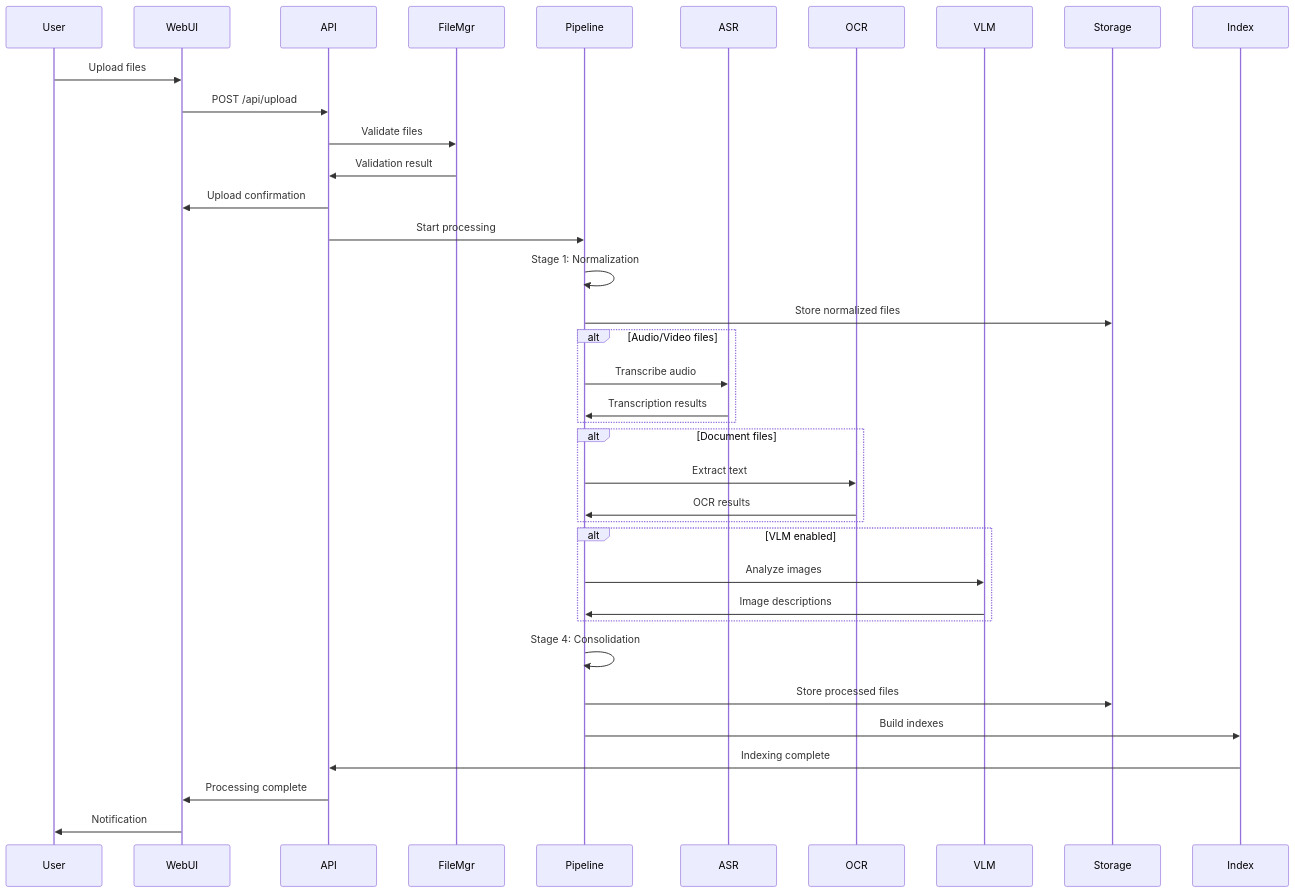
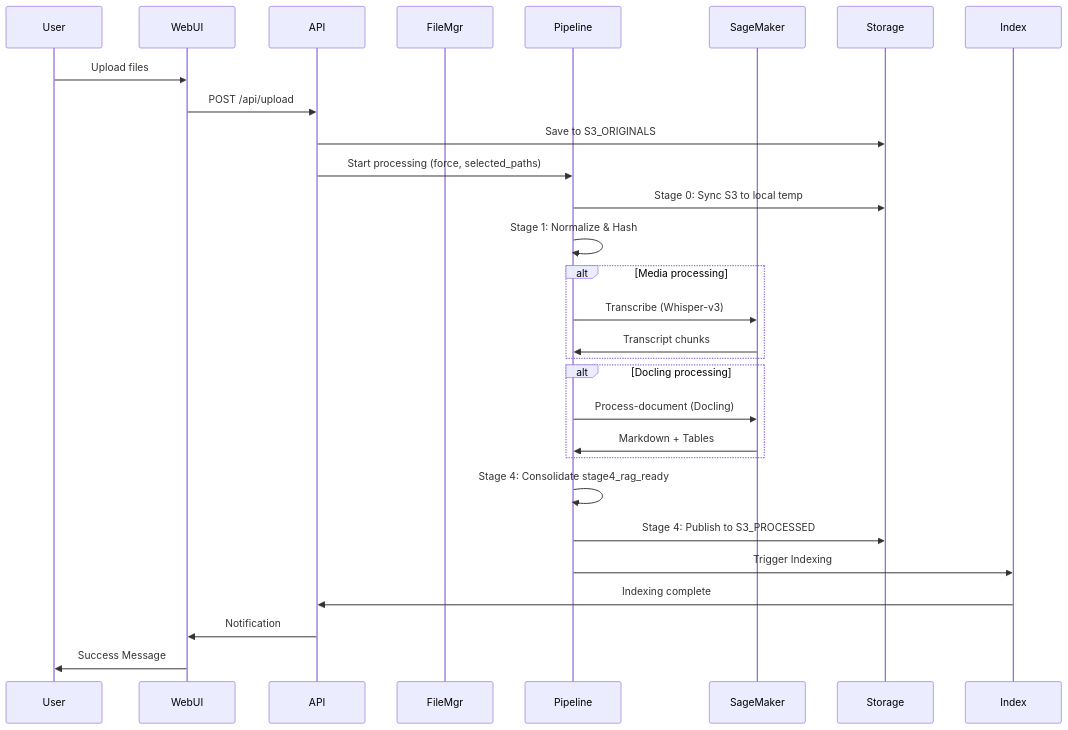
Before and after one commit to pdz1804/capstone-project: the fifth of 13 diagrams in docs/system_modeling.md, drawn with Mermaid. The commit also changed other lines of this file and 9 other files, not shown here.

````diff
--- a/docs/system_modeling.md
+++ b/docs/system_modeling.md
@@ -335,46 +332,37 @@
 ```mermaid
 sequenceDiagram
     participant User
     participant WebUI
     participant API
     participant FileMgr
     participant Pipeline
-    participant ASR
-    participant OCR
-    participant VLM
+    participant SageMaker
     participant Storage
     participant Index
   
     User->>WebUI: Upload files
     WebUI->>API: POST /api/upload
-    API->>FileMgr: Validate files
-    FileMgr->>API: Validation result
-    API->>WebUI: Upload confirmation
+    API->>Storage: Save to S3_ORIGINALS
   
-    API->>Pipeline: Start processing
-    Pipeline->>Pipeline: Stage 1: Normalization
-    Pipeline->>Storage: Store normalized files
+    API->>Pipeline: Start processing (force, selected_paths)
+    Pipeline->>Storage: Stage 0: Sync S3 to local temp
+    Pipeline->>Pipeline: Stage 1: Normalize & Hash
   
-    alt Audio/Video files
-        Pipeline->>ASR: Transcribe audio
-        ASR->>Pipeline: Transcription results
+    alt Media processing
+        Pipeline->>SageMaker: Transcribe (Whisper-v3)
+        SageMaker->>Pipeline: Transcript chunks
     end
   
-    alt Document files
-        Pipeline->>OCR: Extract text
-        OCR->>Pipeline: OCR results
+    alt Docling processing
+        Pipeline->>SageMaker: Process-document (Docling)
+        SageMaker->>Pipeline: Markdown + Tables
     end
   
-    alt VLM enabled
-        Pipeline->>VLM: Analyze images
-        VLM->>Pipeline: Image descriptions
-    end
-  
-    Pipeline->>Pipeline: Stage 4: Consolidation
-    Pipeline->>Storage: Store processed files
-    Pipeline->>Index: Build indexes
+    Pipeline->>Pipeline: Stage 4: Consolidate stage4_rag_ready
+    Pipeline->>Storage: Stage 4: Publish to S3_PROCESSED
+    Pipeline->>Index: Trigger Indexing
   
     Index->>API: Indexing complete
-    API->>WebUI: Processing complete
-    WebUI->>User: Notification
+    API->>WebUI: Notification
+    WebUI->>User: Success Message
 ```
````
